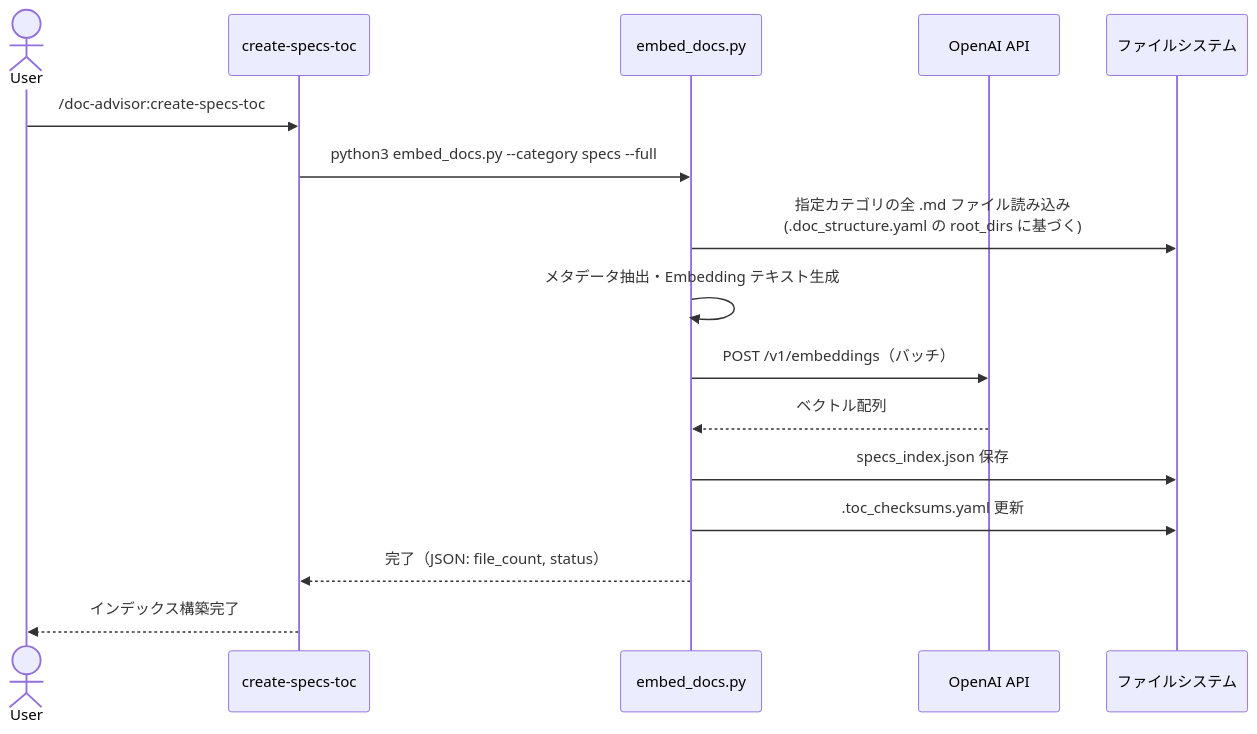
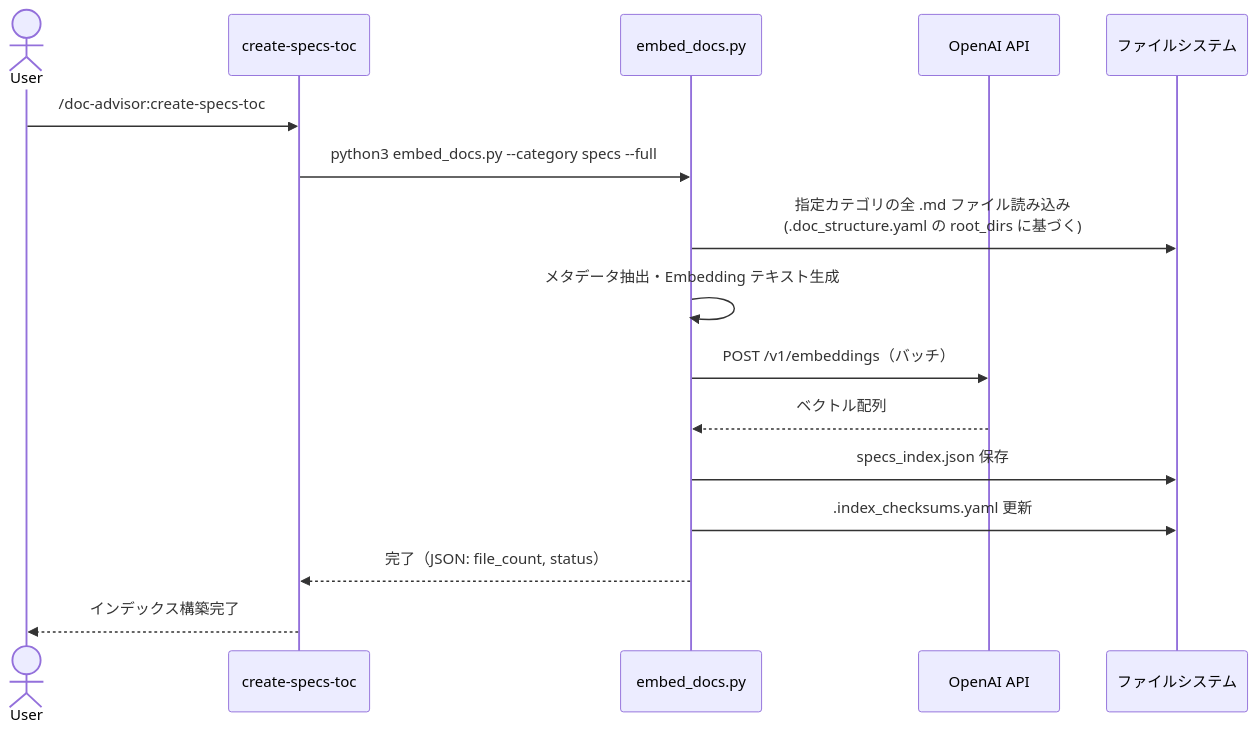
Before and after one commit to BlueEventHorizon/bw-cc-plugins: the fourth of 5 diagrams in docs/specs/doc-advisor/semantic-query/design/DES-006_semantic_search_design.md, drawn with Mermaid. The commit also changed other lines of this file and 25 other files, not shown here.

Commit message:
rename: .index_checksums.yaml

````diff
--- a/docs/specs/doc-advisor/semantic-query/design/DES-006_semantic_search_design.md
+++ b/docs/specs/doc-advisor/semantic-query/design/DES-006_semantic_search_design.md
@@ -371,19 +371,19 @@
 ```mermaid
 sequenceDiagram
     actor User
     participant Skill as create-specs-toc
     participant Script as embed_docs.py
     participant API as OpenAI API
     participant FS as ファイルシステム
 
     User->>Skill: /doc-advisor:create-specs-toc
     Skill->>Script: python3 embed_docs.py --category specs --full
     Script->>FS: 指定カテゴリの全 .md ファイル読み込み<br/>(.doc_structure.yaml の root_dirs に基づく)
     Script->>Script: メタデータ抽出・Embedding テキスト生成
     Script->>API: POST /v1/embeddings（バッチ）
     API-->>Script: ベクトル配列
     Script->>FS: specs_index.json 保存
-    Script->>FS: .toc_checksums.yaml 更新
+    Script->>FS: .index_checksums.yaml 更新
     Script-->>Skill: 完了（JSON: file_count, status）
     Skill-->>User: インデックス構築完了
 ```
````
